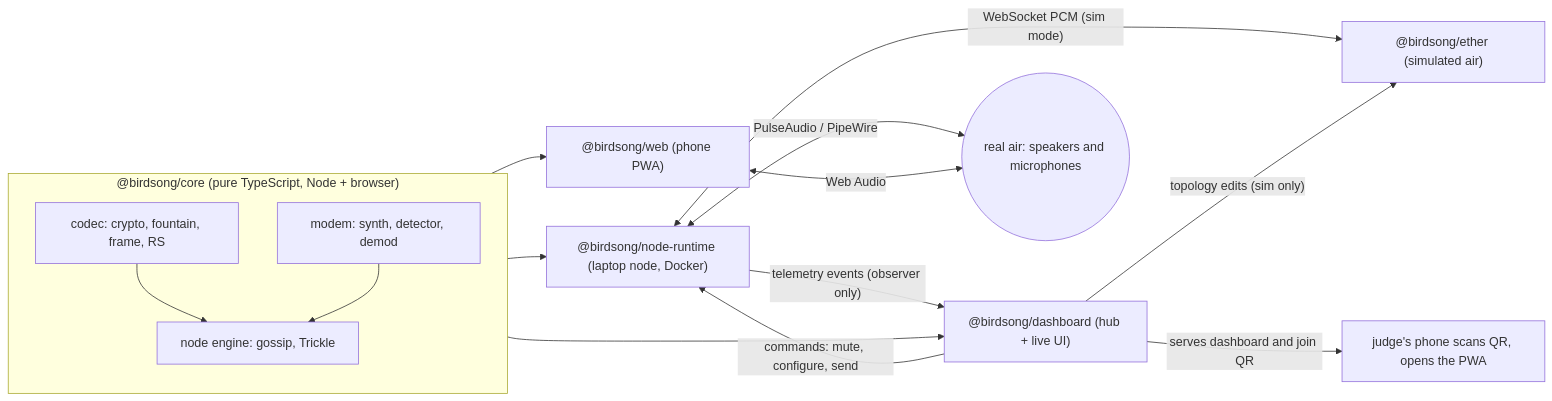
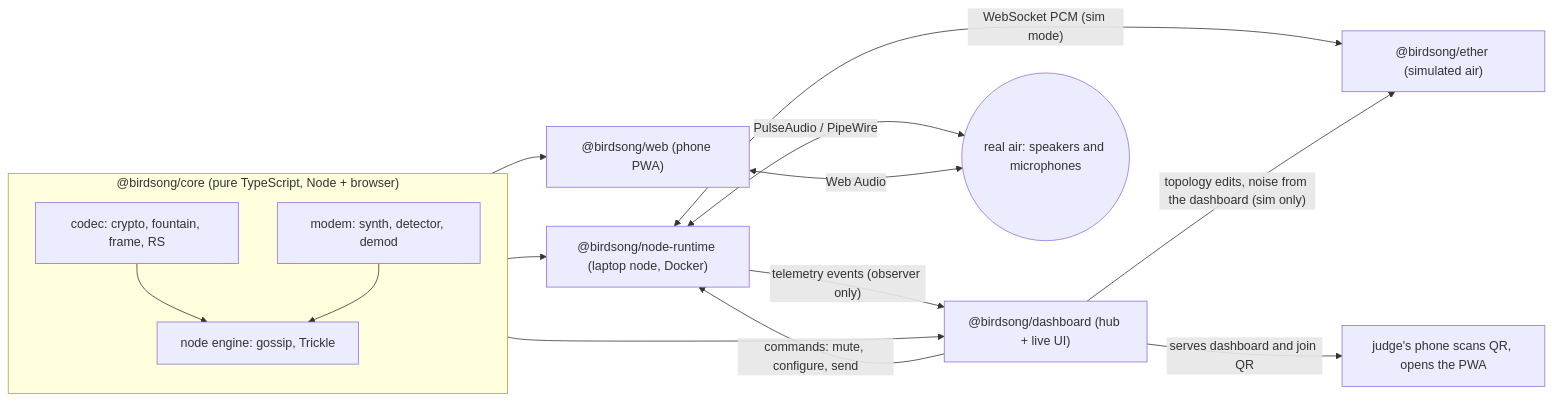
Before and after one commit to AdiP1353/BirdSong: the diagram in docs/ARCHITECTURE.md, drawn with Mermaid. The commit also changed other lines of this file and 25 other files, not shown here.

First line of the commit message:
feat(noise): add noise from the dashboard, tonal carrier sense, Stop birds

````diff
--- a/docs/ARCHITECTURE.md
+++ b/docs/ARCHITECTURE.md
@@ -5,26 +5,26 @@
 ```mermaid
 flowchart LR
   subgraph core["@birdsong/core (pure TypeScript, Node + browser)"]
     codec["codec: crypto, fountain, frame, RS"]
     modem["modem: synth, detector, demod"]
     engine["node engine: gossip, Trickle"]
     codec --> engine
     modem --> engine
   end
   nr["@birdsong/node-runtime (laptop node, Docker)"]
   web["@birdsong/web (phone PWA)"]
   hub["@birdsong/dashboard (hub + live UI)"]
   ether["@birdsong/ether (simulated air)"]
   air(("real air: speakers and microphones"))
 
   core --> nr
   core --> web
   core --> hub
   nr <-->|"PulseAudio / PipeWire"| air
   web <-->|"Web Audio"| air
   nr <-->|"WebSocket PCM (sim mode)"| ether
   nr -->|"telemetry events (observer only)"| hub
   hub -->|"commands: mute, configure, send"| nr
-  hub -->|"topology edits (sim only)"| ether
+  hub -->|"topology edits, noise from the dashboard (sim only)"| ether
   hub -->|"serves dashboard and join QR"| judge["judge's phone scans QR, opens the PWA"]
 ```
````
